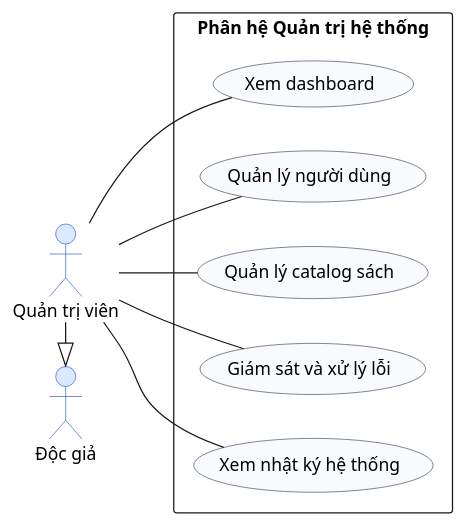
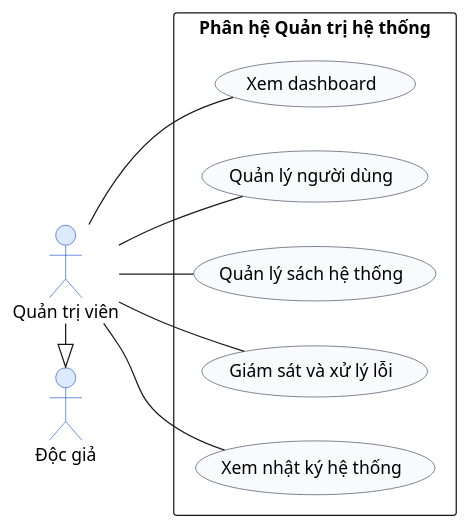
The diagram in _docs_capstone/_dia/UseCase/sub_UC/triam_usecase_admin.puml (KhoaSinno/triam-backend), drawn with PlantUML before and after one commit. The commit also changed 4 other files, not shown here.

```diff
--- a/_docs_capstone/_dia/UseCase/sub_UC/triam_usecase_admin.puml
+++ b/_docs_capstone/_dia/UseCase/sub_UC/triam_usecase_admin.puml
@@ -1,37 +1,37 @@
 @startuml triam_usecase_admin
 skinparam Shadowing false
 skinparam backgroundColor #FFFFFF
 skinparam defaultFontName Arial
 ' skinparam roundcorner 14
 ' skinparam linetype ortho
 
 skinparam actor {
   BackgroundColor #DBEAFE
   BorderColor #1D4ED8
 }
 skinparam usecase {
   BackgroundColor #F8FAFC
   BorderColor #334155
 }
 
 left to right direction
 
 actor "Quản trị viên" as Admin
 actor "Độc giả" as Reader
 
 rectangle "Phân hệ Quản trị hệ thống" {
   (Xem dashboard) as UC_AdminDashboard
   (Quản lý người dùng) as UC_AdminUser
-  (Quản lý catalog sách) as UC_AdminCatalog
+  (Quản lý sách hệ thống) as UC_AdminCatalog
   (Giám sát và xử lý lỗi) as UC_AdminJob
   (Xem nhật ký hệ thống) as UC_Audit
 }
 
 Admin -- UC_AdminDashboard
 Admin -- UC_AdminUser
 Admin -- UC_AdminCatalog
 Admin -- UC_AdminJob
 Admin -- UC_Audit
 Admin -|> Reader
 
 @enduml
```
